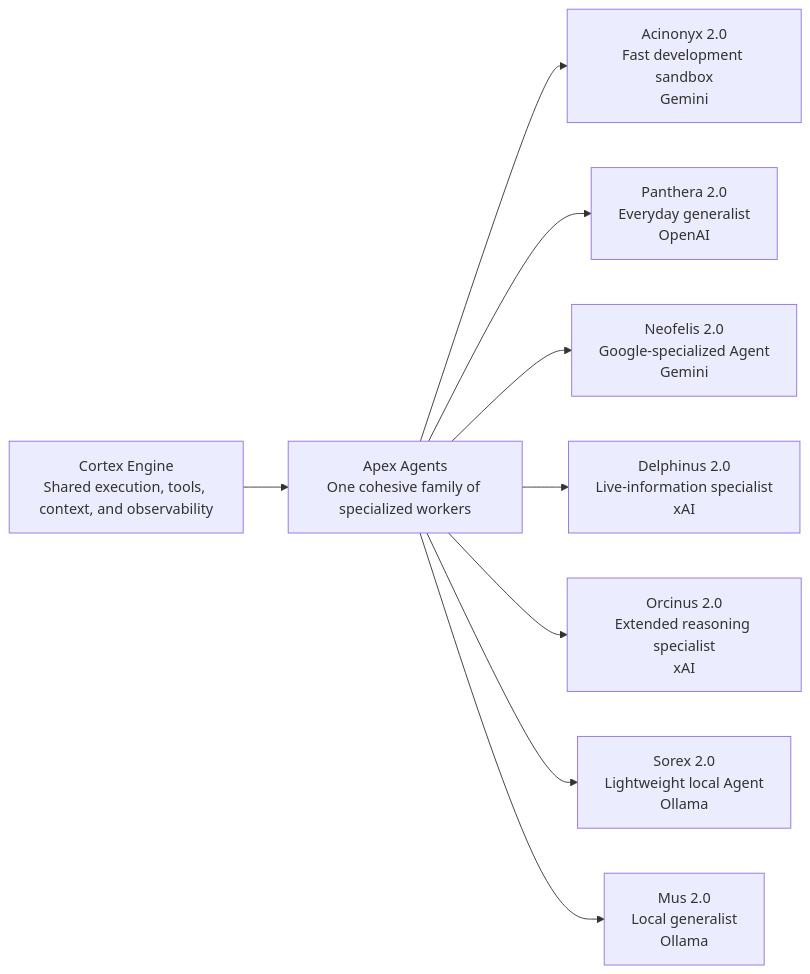
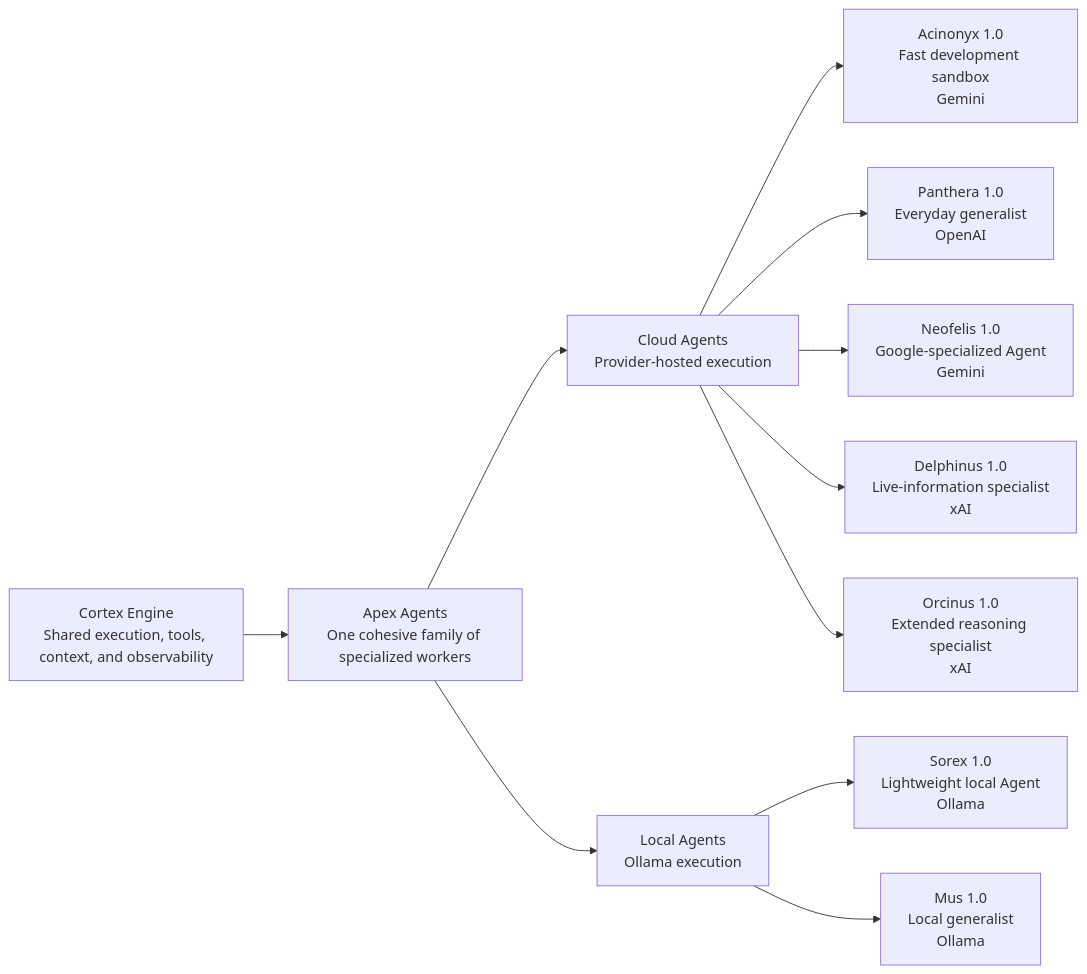
Before and after one commit to edumarcano/APEX: the diagram in docs/identity-and-naming.md, drawn with Mermaid. The commit also changed other lines of this file and 13 other files, not shown here.

````diff
--- a/docs/identity-and-naming.md
+++ b/docs/identity-and-naming.md
@@ -121,15 +134,21 @@
 ```mermaid
 flowchart LR
-    ENGINE["Cortex Engine<br>Shared execution, tools, context, and observability"]
-    FAMILY["Apex Agents<br>One cohesive family of specialized workers"]
+    ENGINE["Cortex Engine<br/>Shared execution, tools, context, and observability"]
+    FAMILY["Apex Agents<br/>One cohesive family of specialized workers"]
+
+    CLOUD["Cloud Agents<br/>Provider-hosted execution"]
+    LOCAL["Local Agents<br/>Ollama execution"]
 
     ENGINE --> FAMILY
+    FAMILY --> CLOUD
+    FAMILY --> LOCAL
 
-    FAMILY --> ACINONYX["Acinonyx 2.0<br>Fast development sandbox<br>Gemini"]
-    FAMILY --> PANTHERA["Panthera 2.0<br>Everyday generalist<br>OpenAI"]
-    FAMILY --> NEOFELIS["Neofelis 2.0<br>Google-specialized Agent<br>Gemini"]
-    FAMILY --> DELPHINUS["Delphinus 2.0<br>Live-information specialist<br>xAI"]
-    FAMILY --> ORCINUS["Orcinus 2.0<br>Extended reasoning specialist<br>xAI"]
-    FAMILY --> SOREX["Sorex 2.0<br>Lightweight local Agent<br>Ollama"]
-    FAMILY --> MUS["Mus 2.0<br>Local generalist<br>Ollama"]
+    CLOUD --> ACINONYX["Acinonyx 1.0<br/>Fast development sandbox<br/>Gemini"]
+    CLOUD --> PANTHERA["Panthera 1.0<br/>Everyday generalist<br/>OpenAI"]
+    CLOUD --> NEOFELIS["Neofelis 1.0<br/>Google-specialized Agent<br/>Gemini"]
+    CLOUD --> DELPHINUS["Delphinus 1.0<br/>Live-information specialist<br/>xAI"]
+    CLOUD --> ORCINUS["Orcinus 1.0<br/>Extended reasoning specialist<br/>xAI"]
+
+    LOCAL --> SOREX["Sorex 1.0<br/>Lightweight local Agent<br/>Ollama"]
+    LOCAL --> MUS["Mus 1.0<br/>Local generalist<br/>Ollama"]
 ```
````
